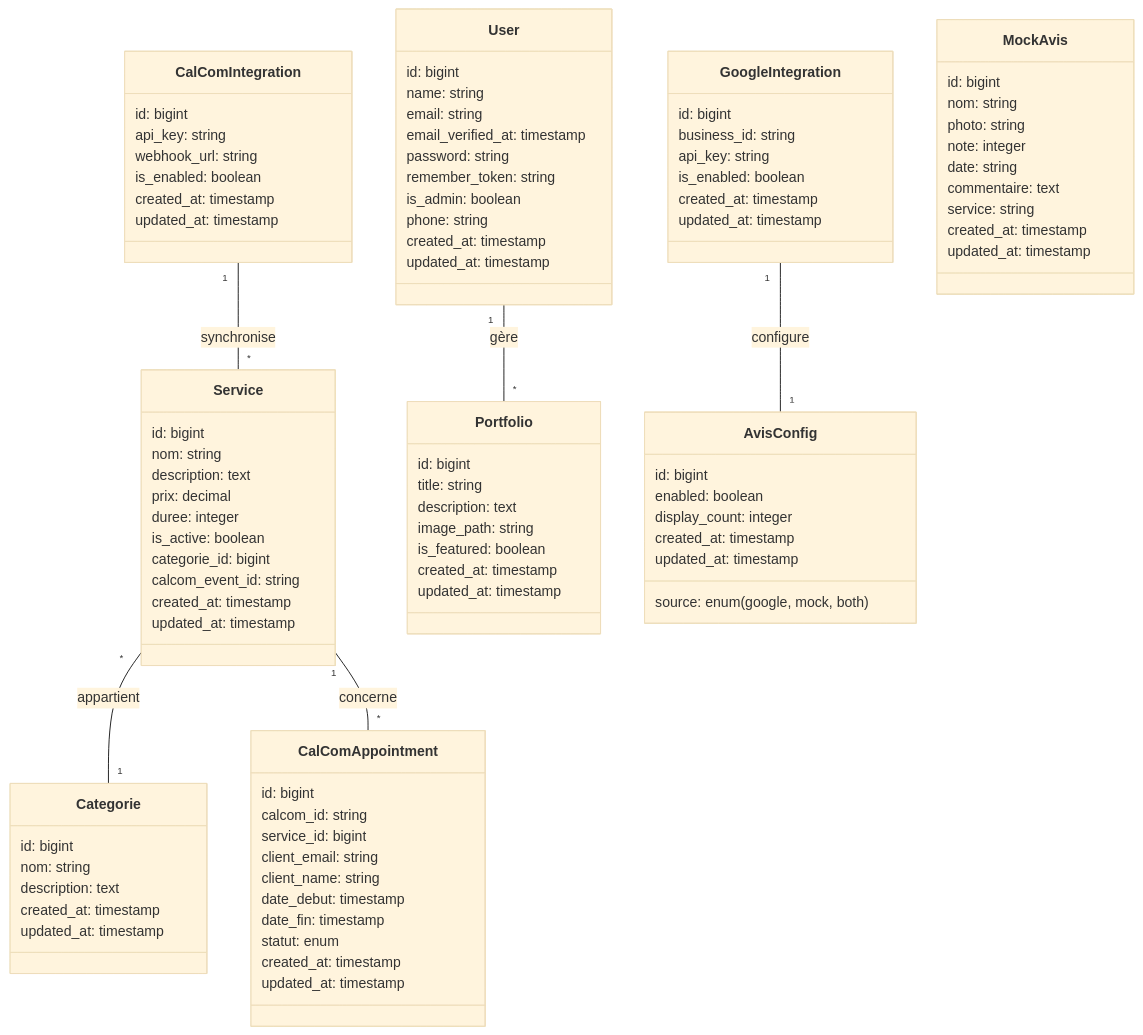
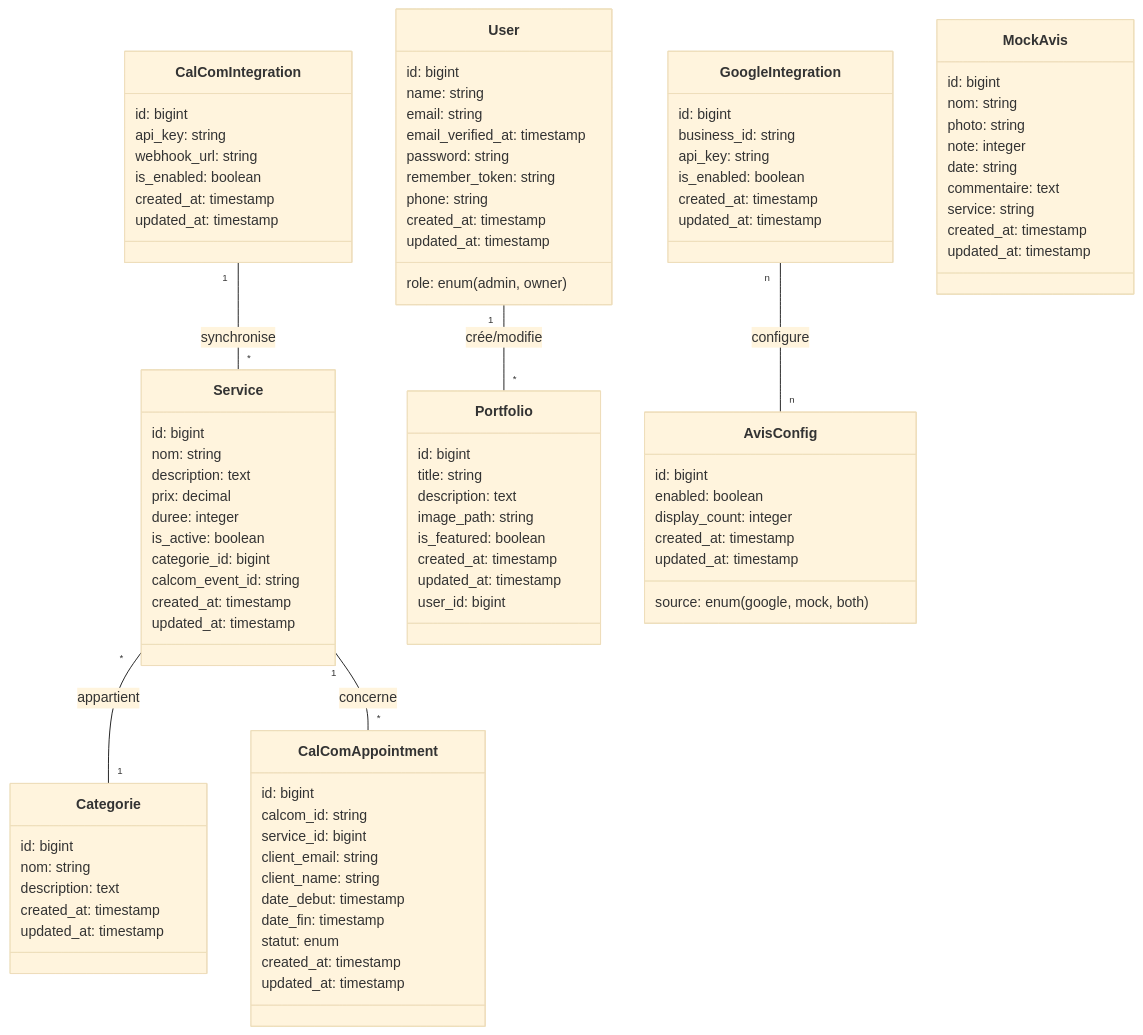
One commit to Winga7/effynails changed the diagram in docs/DiagrammeClasses.md. Above: the diagram before and after it, drawn with Mermaid (base theme). The commit also changed other lines of this file, not shown here.

Commit message:
🔧 Refacto diagramme

````diff
--- a/docs/DiagrammeClasses.md
+++ b/docs/DiagrammeClasses.md
@@ -11,7 +11,7 @@
         email_verified_at: timestamp
         password: string
         remember_token: string
-        is_admin: boolean
+        role: enum (admin, owner)
         phone: string
         created_at: timestamp
         updated_at: timestamp
@@ -46,6 +46,7 @@
         is_featured: boolean
         created_at: timestamp
         updated_at: timestamp
+        user_id: bigint
     }
 
     class GoogleIntegration {
@@ -100,9 +101,9 @@
         updated_at: timestamp
     }
 
-    User "1" -- "*" Portfolio: gère
     Service "*" -- "1" Categorie: appartient
-    GoogleIntegration "1" -- "1" AvisConfig: configure
+    GoogleIntegration "n" -- "n" AvisConfig: configure
     CalComIntegration "1" -- "*" Service: synchronise
     Service "1" -- "*" CalComAppointment: concerne
+    User "1" -- "*" Portfolio: crée/modifie
 ```
````
